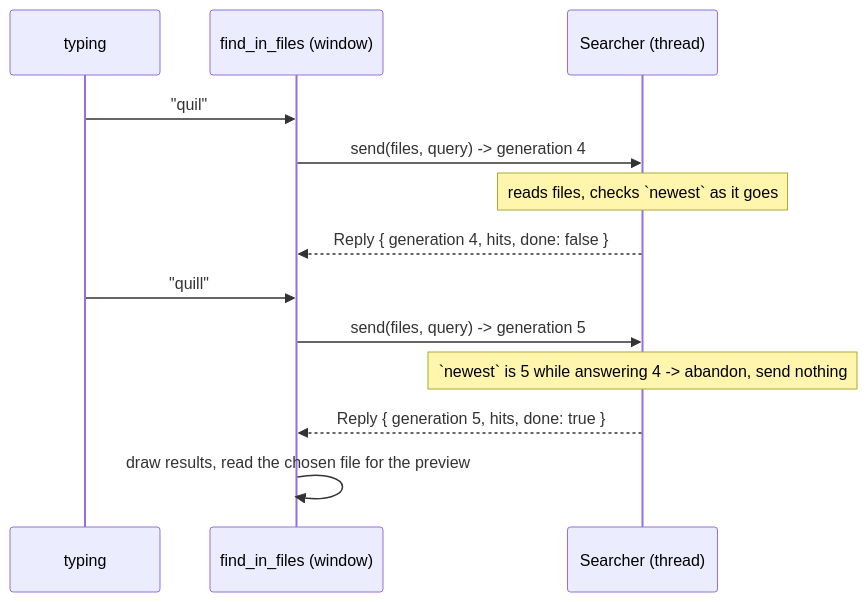
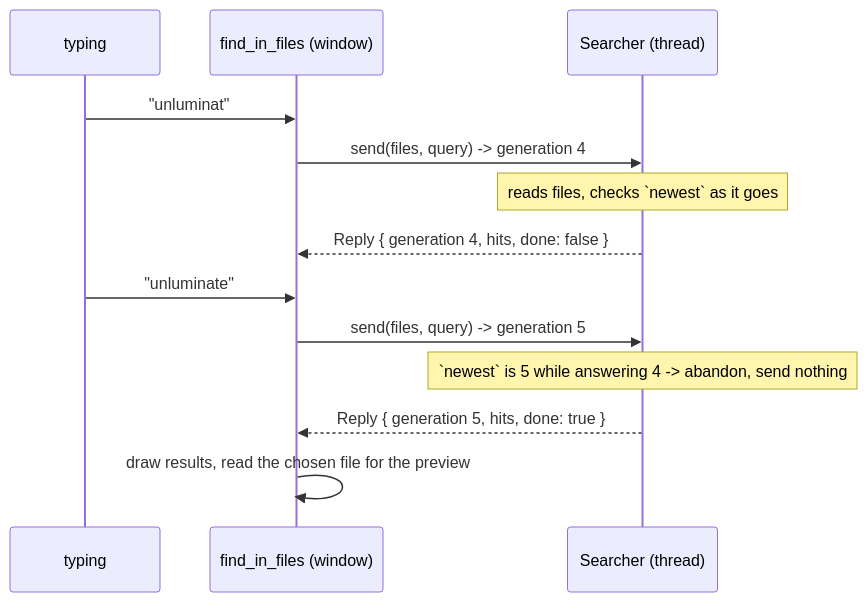
Before and after one commit to Black-Rainbow-Labs/Unluminous: the second of 3 diagrams in tasks/task-1659-search-and-images-tdd.md, drawn with Mermaid. The commit also changed other lines of this file and 1291 other files, not shown here.

First line of the commit message:
task-1800: rename Quill to Unluminate

````diff
--- a/tasks/task-1659-search-and-images-tdd.md
+++ b/tasks/task-1659-search-and-images-tdd.md
@@ -185,15 +185,15 @@
 ```mermaid
 sequenceDiagram
     participant U as typing
     participant M as find_in_files (window)
     participant S as Searcher (thread)
-    U->>M: "quil"
+    U->>M: "unluminat"
     M->>S: send(files, query) -> generation 4
     Note over S: reads files, checks `newest` as it goes
     S-->>M: Reply { generation 4, hits, done: false }
-    U->>M: "quill"
+    U->>M: "unluminate"
     M->>S: send(files, query) -> generation 5
     Note over S: `newest` is 5 while answering 4 -> abandon, send nothing
     S-->>M: Reply { generation 5, hits, done: true }
     M->>M: draw results, read the chosen file for the preview
 ```
````
